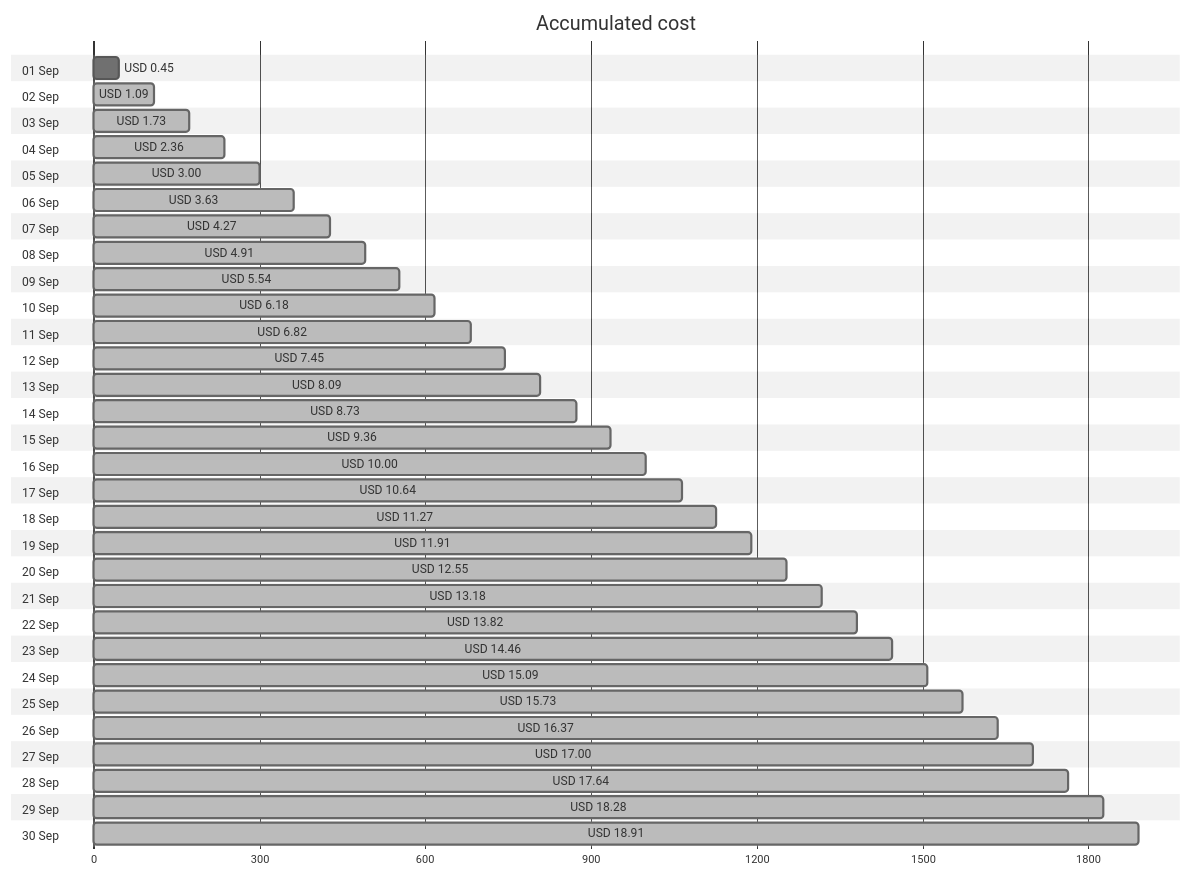
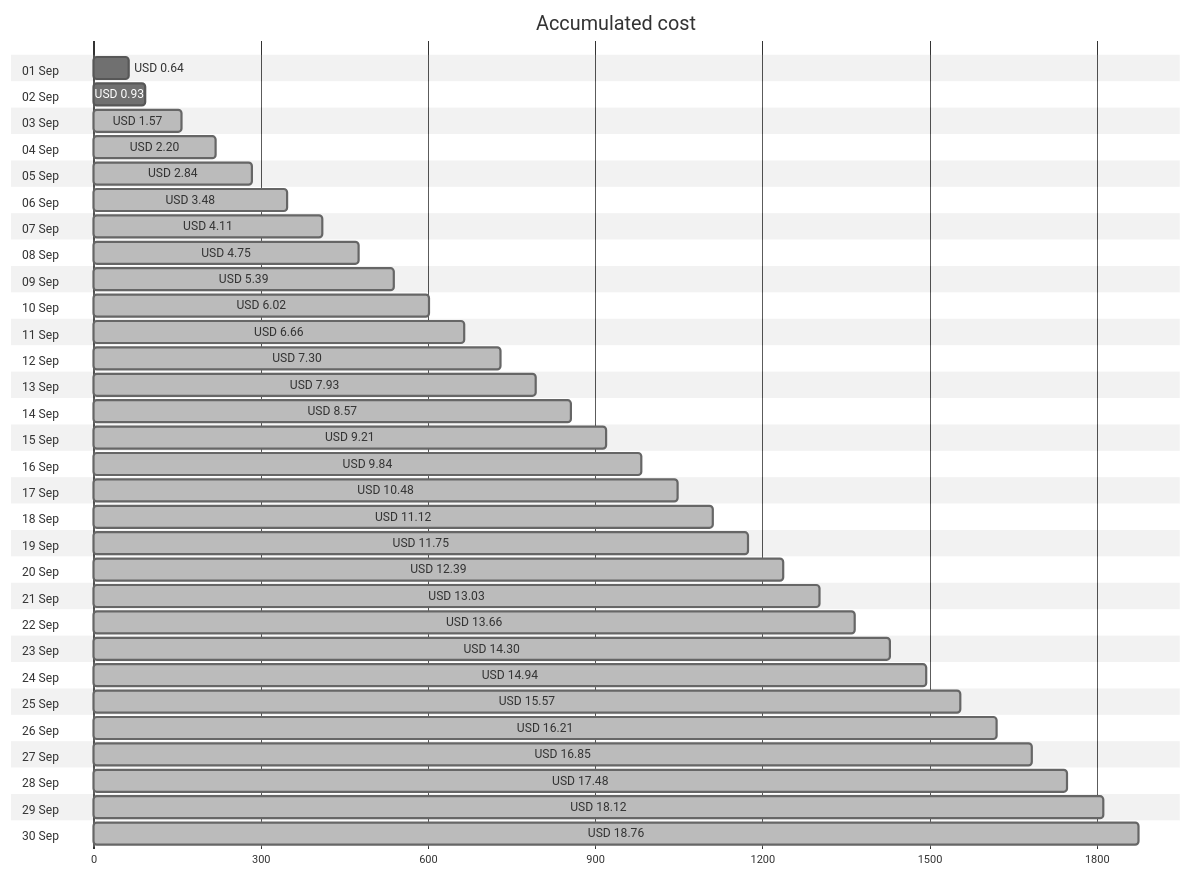
One commit to jpfulton/azure-personal-reports changed the first of 4 diagrams in cost-reports/accumulated-cost.md. Above: the diagram before and after it, drawn with Mermaid (neutral theme). The commit also changed other lines of this file and 4 other files, not shown here.

````diff
--- a/cost-reports/accumulated-cost.md
+++ b/cost-reports/accumulated-cost.md
@@ -20,66 +20,66 @@
 ```mermaid
 gantt
    title Accumulated cost
    dateFormat  X
    axisFormat %s
    section 01 Sep
-   USD 0.45 :0, 45
+   USD 0.64 :0, 64
    section 02 Sep
-   USD 1.09 : done, 0, 109
+   USD 0.93 :0, 93
    section 03 Sep
-   USD 1.73 : done, 0, 173
+   USD 1.57 : done, 0, 157
    section 04 Sep
-   USD 2.36 : done, 0, 236
+   USD 2.20 : done, 0, 220
    section 05 Sep
-   USD 3.00 : done, 0, 300
+   USD 2.84 : done, 0, 284
    section 06 Sep
-   USD 3.63 : done, 0, 363
+   USD 3.48 : done, 0, 348
    section 07 Sep
-   USD 4.27 : done, 0, 427
+   USD 4.11 : done, 0, 411
    section 08 Sep
-   USD 4.91 : done, 0, 491
+   USD 4.75 : done, 0, 475
    section 09 Sep
-   USD 5.54 : done, 0, 554
+   USD 5.39 : done, 0, 539
    section 10 Sep
-   USD 6.18 : done, 0, 618
+   USD 6.02 : done, 0, 602
    section 11 Sep
-   USD 6.82 : done, 0, 682
+   USD 6.66 : done, 0, 666
    section 12 Sep
-   USD 7.45 : done, 0, 745
+   USD 7.30 : done, 0, 730
    section 13 Sep
-   USD 8.09 : done, 0, 809
+   USD 7.93 : done, 0, 793
    section 14 Sep
-   USD 8.73 : done, 0, 873
+   USD 8.57 : done, 0, 857
    section 15 Sep
-   USD 9.36 : done, 0, 936
+   USD 9.21 : done, 0, 921
    section 16 Sep
-   USD 10.00 : done, 0, 1000
+   USD 9.84 : done, 0, 984
    section 17 Sep
-   USD 10.64 : done, 0, 1064
+   USD 10.48 : done, 0, 1048
    section 18 Sep
-   USD 11.27 : done, 0, 1127
+   USD 11.12 : done, 0, 1112
    section 19 Sep
-   USD 11.91 : done, 0, 1191
+   USD 11.75 : done, 0, 1175
    section 20 Sep
-   USD 12.55 : done, 0, 1255
+   USD 12.39 : done, 0, 1239
    section 21 Sep
-   USD 13.18 : done, 0, 1318
+   USD 13.03 : done, 0, 1303
    section 22 Sep
-   USD 13.82 : done, 0, 1382
+   USD 13.66 : done, 0, 1366
    section 23 Sep
-   USD 14.46 : done, 0, 1446
+   USD 14.30 : done, 0, 1430
    section 24 Sep
-   USD 15.09 : done, 0, 1509
+   USD 14.94 : done, 0, 1494
    section 25 Sep
-   USD 15.73 : done, 0, 1573
+   USD 15.57 : done, 0, 1557
    section 26 Sep
-   USD 16.37 : done, 0, 1637
+   USD 16.21 : done, 0, 1621
    section 27 Sep
-   USD 17.00 : done, 0, 1700
+   USD 16.85 : done, 0, 1685
    section 28 Sep
-   USD 17.64 : done, 0, 1764
+   USD 17.48 : done, 0, 1748
    section 29 Sep
-   USD 18.28 : done, 0, 1828
+   USD 18.12 : done, 0, 1812
    section 30 Sep
-   USD 18.91 : done, 0, 1891
+   USD 18.76 : done, 0, 1876
 ```
````
